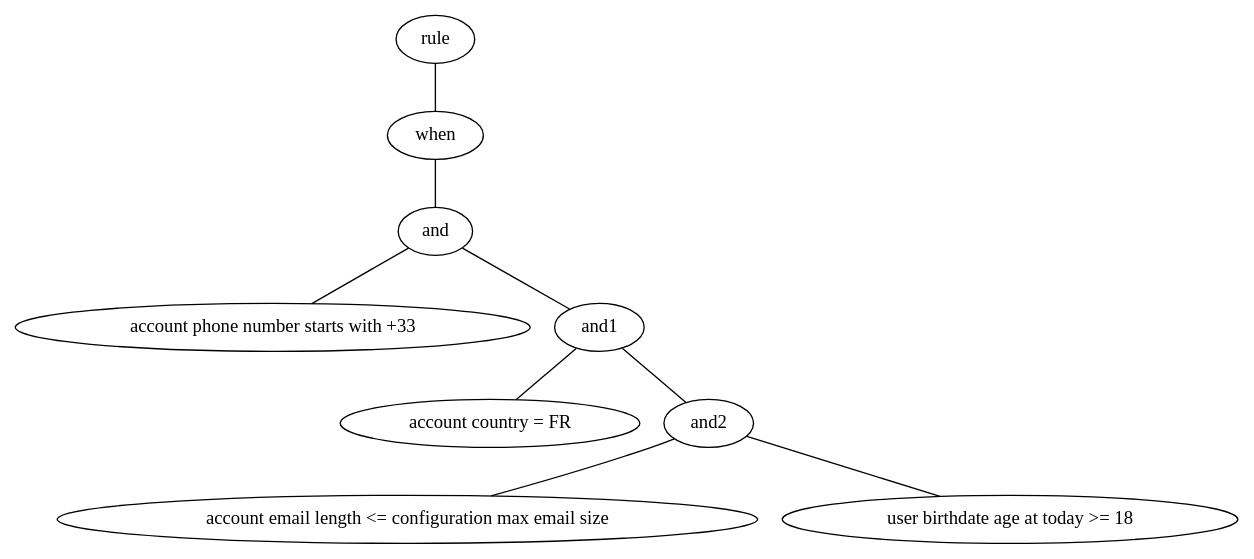
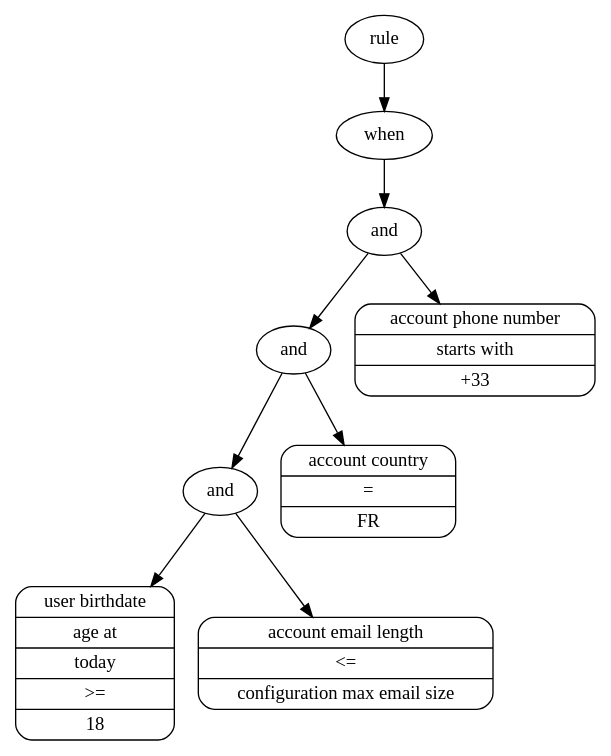
Before and after one commit to lesfurets/dOOv: the diagram in docs/dot/ast.dot, drawn with Graphviz. The commit also changed 4 other files, not shown here.

```diff
--- a/docs/dot/ast.dot
+++ b/docs/dot/ast.dot
@@ -1,14 +1,26 @@
-graph {
-    rule -- when;
+digraph {
+    node [style=rounded]
 
-    when -- and;
+    rule
+    when
+    and1    [label="and"]
+    and2    [label="and"]
+    and3    [label="and"]
+    phone   [shape=record, label="{account phone number | starts with | +33}"]
+    country [shape=record, label="{account country | = | FR}"]
+    age     [shape=record, label="{user birthdate | age at | today | &gt;= | 18}"]
+    email   [shape=record, label="{account email length | &lt;= | configuration max email size}"]
 
-    and -- "account phone number starts with +33";
-    and -- and1;
+    rule -> when;
 
-    and1 -- "account country = FR";
-    and1 -- and2;
+    when -> and1;
 
-    and2 -- "account email length <= configuration max email size";
-    and2 -- "user birthdate age at today >= 18";
+    and1 -> phone;
+    and1 -> and2;
+
+    and2 -> country;
+    and2 -> and3;
+
+    and3 -> age;
+    and3 -> email;
 }
```
